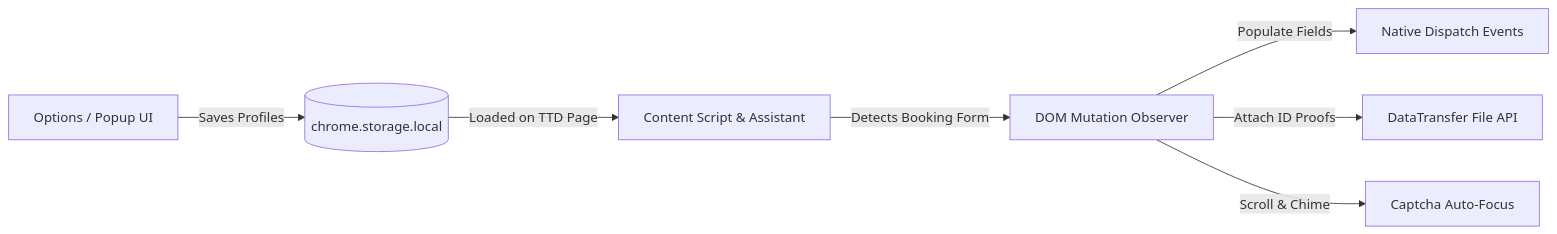
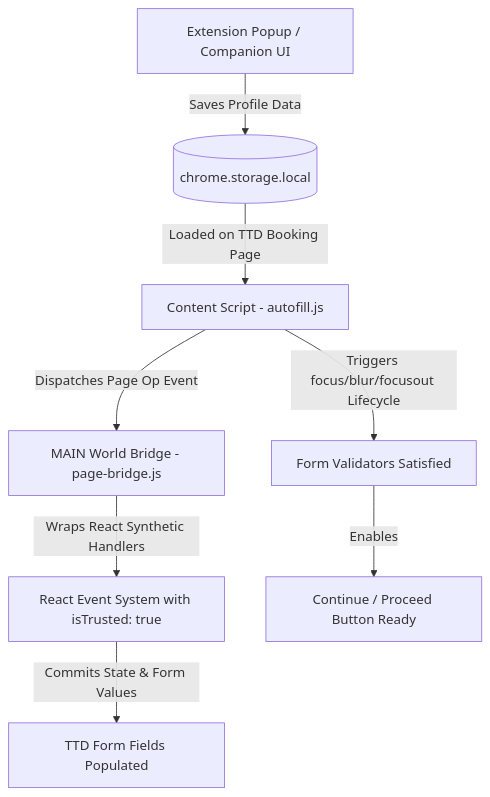
One commit to pradeep-nv/ttd-express-autofill changed the diagram in README.md. Above: the diagram before and after it, drawn with Mermaid. The commit also changed other lines of this file and 10 other files, not shown here.

Commit message:
Update TTD Express Autofill: add MAIN-world page bridge, contact autofill, clean redundant assets, and update README

````diff
--- a/README.md
+++ b/README.md
@@ -36,9 +39,10 @@
 ```mermaid
-graph LR
-    A[Options / Popup UI] -->|Saves Profiles| B[(chrome.storage.local)]
-    B -->|Loaded on TTD Page| C[Content Script & Assistant]
-    C -->|Detects Booking Form| D[DOM Mutation Observer]
-    D -->|Populate Fields| E[Native Dispatch Events]
-    D -->|Attach ID Proofs| F[DataTransfer File API]
-    D -->|Scroll & Chime| G[Captcha Auto-Focus]
+graph TD
+    A[Extension Popup / Companion UI] -->|Saves Profile Data| B[(chrome.storage.local)]
+    B -->|Loaded on TTD Booking Page| C[Content Script - autofill.js]
+    C -->|Dispatches Page Op Event| D[MAIN World Bridge - page-bridge.js]
+    D -->|Wraps React Synthetic Handlers| E[React Event System with isTrusted: true]
+    E -->|Commits State & Form Values| F[TTD Form Fields Populated]
+    C -->|Triggers focus/blur/focusout Lifecycle| G[Form Validators Satisfied]
+    G -->|Enables| H[Continue / Proceed Button Ready]
 ```
````
